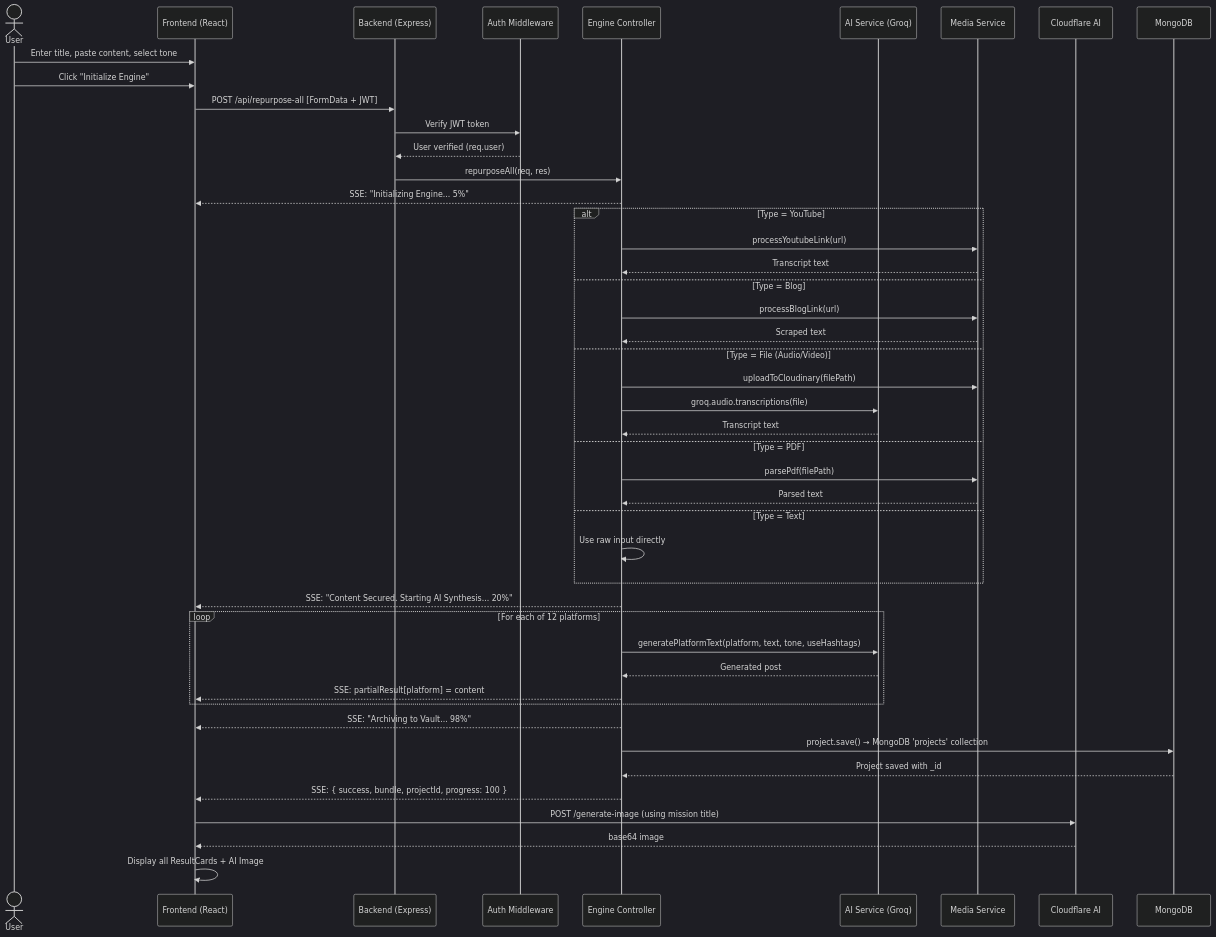
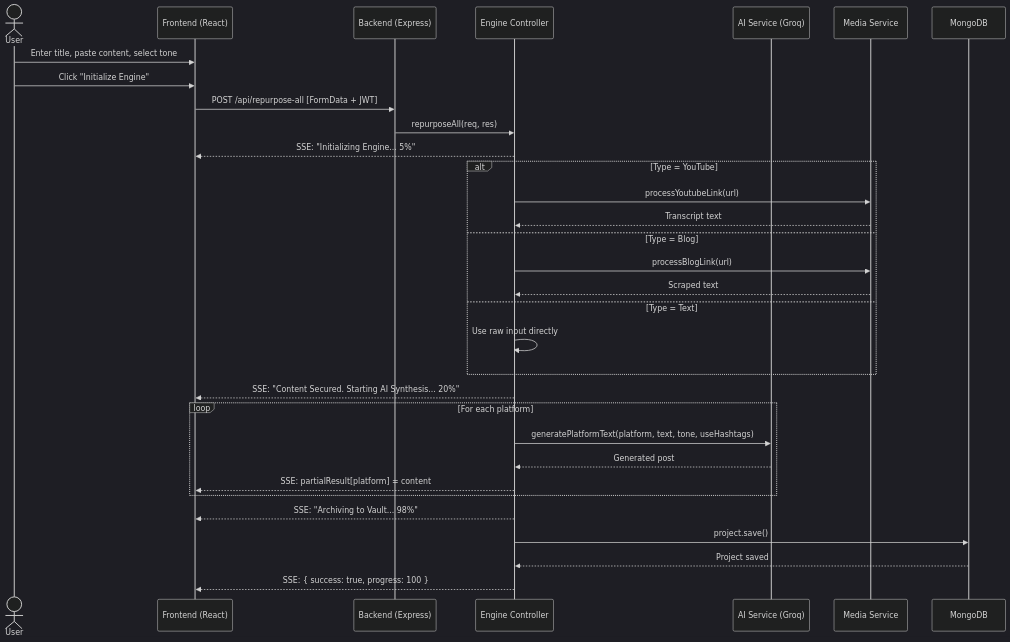
One commit to naresh-rn/echoly changed the third of 7 diagrams in DIAGRAMS.md. Above: the diagram before and after it, drawn with Mermaid (dark theme). The commit also changed other lines of this file and 1 other file, not shown here.

Commit message:
docs: repair diagram rendering and finalize comprehensive architecture dossier

````diff
--- a/DIAGRAMS.md
+++ b/DIAGRAMS.md
@@ -171,54 +124,39 @@
 ```mermaid
 sequenceDiagram
     actor User
     participant FE as Frontend (React)
     participant BE as Backend (Express)
-    participant Auth as Auth Middleware
     participant Eng as Engine Controller
     participant AI as AI Service (Groq)
     participant Media as Media Service
-    participant CF as Cloudflare AI
     participant DB as MongoDB
 
     User->>FE: Enter title, paste content, select tone
     User->>FE: Click "Initialize Engine"
     FE->>BE: POST /api/repurpose-all [FormData + JWT]
-    BE->>Auth: Verify JWT token
-    Auth-->>BE: User verified (req.user)
     BE->>Eng: repurposeAll(req, res)
     Eng-->>FE: SSE: "Initializing Engine... 5%"
 
     alt Type = YouTube
         Eng->>Media: processYoutubeLink(url)
         Media-->>Eng: Transcript text
     else Type = Blog
         Eng->>Media: processBlogLink(url)
         Media-->>Eng: Scraped text
-    else Type = File (Audio/Video)
-        Eng->>Media: uploadToCloudinary(filePath)
-        Eng->>AI: groq.audio.transcriptions(file)
-        AI-->>Eng: Transcript text
-    else Type = PDF
-        Eng->>Media: parsePdf(filePath)
-        Media-->>Eng: Parsed text
     else Type = Text
         Eng->>Eng: Use raw input directly
     end
 
     Eng-->>FE: SSE: "Content Secured. Starting AI Synthesis... 20%"
 
-    loop For each of 12 platforms
+    loop For each platform
         Eng->>AI: generatePlatformText(platform, text, tone, useHashtags)
         AI-->>Eng: Generated post
         Eng-->>FE: SSE: partialResult[platform] = content
     end
 
     Eng-->>FE: SSE: "Archiving to Vault... 98%"
-    Eng->>DB: project.save() → MongoDB 'projects' collection
-    DB-->>Eng: Project saved with _id
-
-    Eng-->>FE: SSE: { success, bundle, projectId, progress: 100 }
-    FE->>CF: POST /generate-image (using mission title)
-    CF-->>FE: base64 image
-    FE->>FE: Display all ResultCards + AI Image
+    Eng->>DB: project.save()
+    DB-->>Eng: Project saved
+    Eng-->>FE: SSE: { success: true, progress: 100 }
 ```
````
